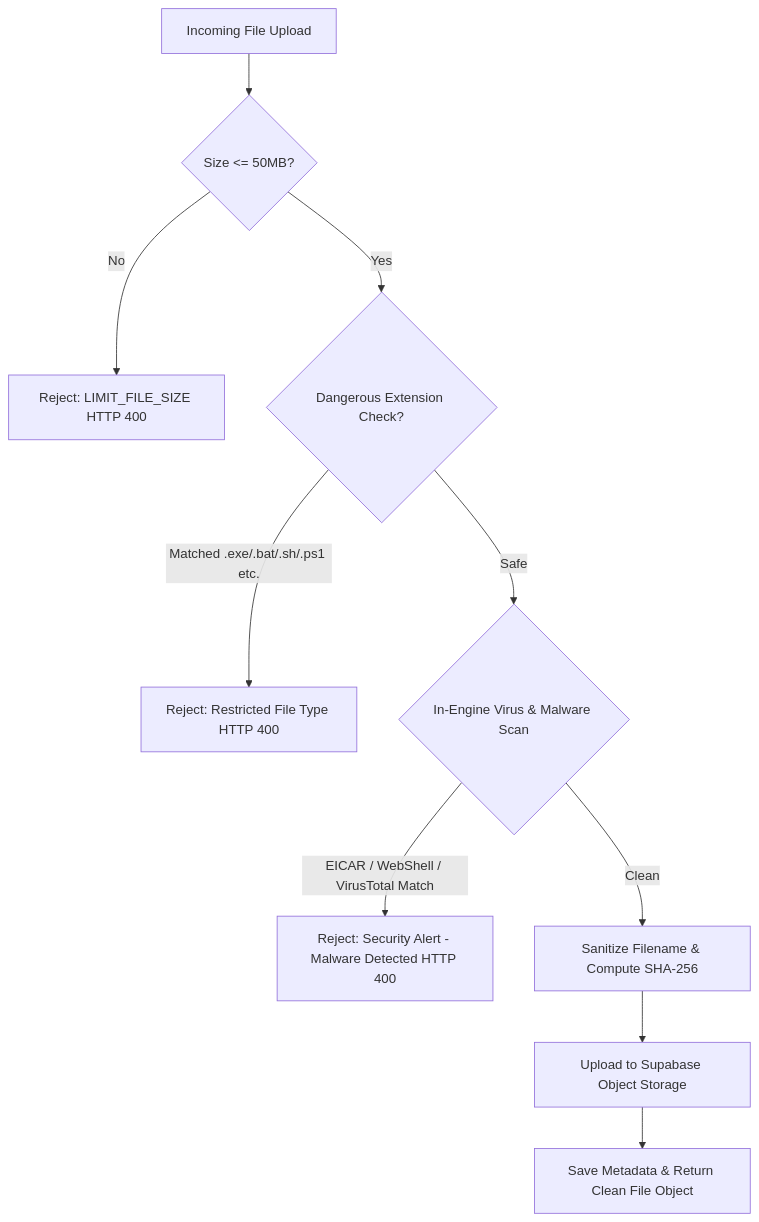
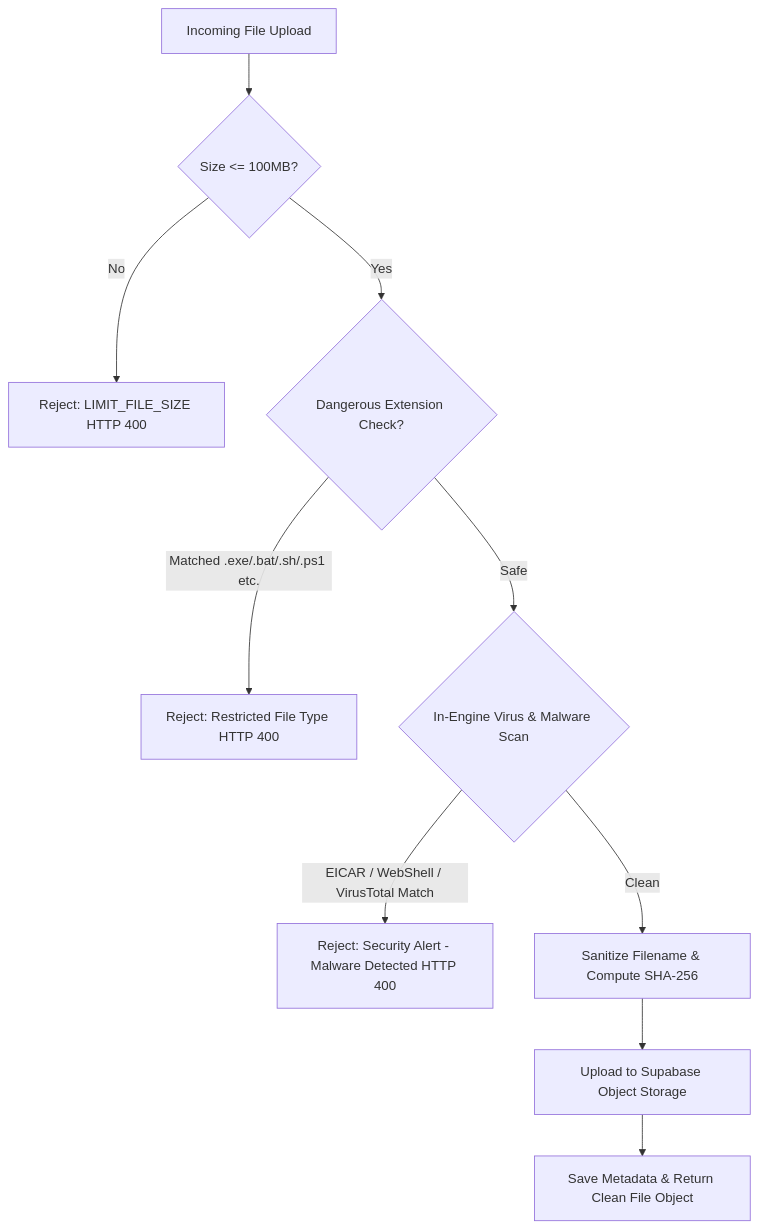
Before and after one commit to Miraz54/Procket-Drive-V1: the second of 2 diagrams in PROJECT_PROPOSAL.md, drawn with Mermaid. The commit also changed other lines of this file and 5 other files, not shown here.

````diff
--- a/PROJECT_PROPOSAL.md
+++ b/PROJECT_PROPOSAL.md
@@ -96,12 +96,12 @@
 ```mermaid
 flowchart TD
-    A[Incoming File Upload] --> B{Size <= 50MB?}
+    A[Incoming File Upload] --> B{Size <= 100MB?}
     B -- No --> B1[Reject: LIMIT_FILE_SIZE HTTP 400]
     B -- Yes --> C{Dangerous Extension Check?}
     C -- Matched .exe/.bat/.sh/.ps1 etc. --> C1[Reject: Restricted File Type HTTP 400]
     C -- Safe --> D{In-Engine Virus & Malware Scan}
     D -- EICAR / WebShell / VirusTotal Match --> D1[Reject: Security Alert - Malware Detected HTTP 400]
     D -- Clean --> E[Sanitize Filename & Compute SHA-256]
     E --> F[Upload to Supabase Object Storage]
     F --> G[Save Metadata & Return Clean File Object]
 ```
````
